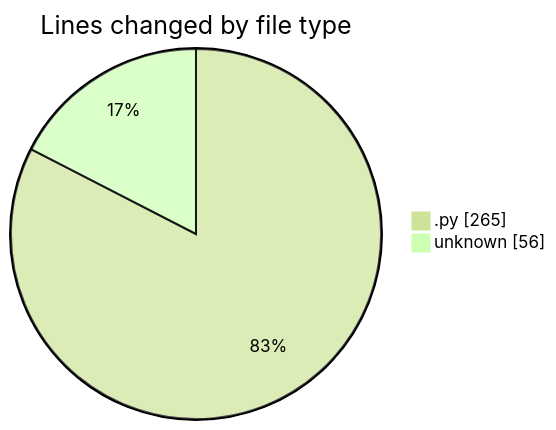
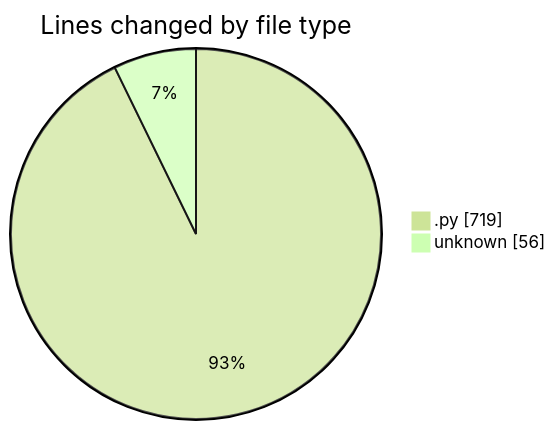
The first of 2 diagrams in 2025-03-17/myws__workspace_/README.md (MatusMokan/code-tracking), drawn with Mermaid (forest theme) before and after one commit. The commit also changed other lines of this file and 1 other file, not shown here.

````diff
--- a/2025-03-17/myws__workspace_/README.md
+++ b/2025-03-17/myws__workspace_/README.md
@@ -22,6 +23,6 @@
 ```mermaid
 pie showData
 title Lines changed by file type
-".py" : 265
+".py" : 719
 "unknown" : 56
 ```
````
